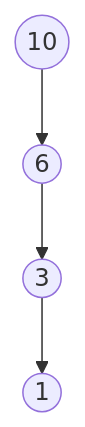
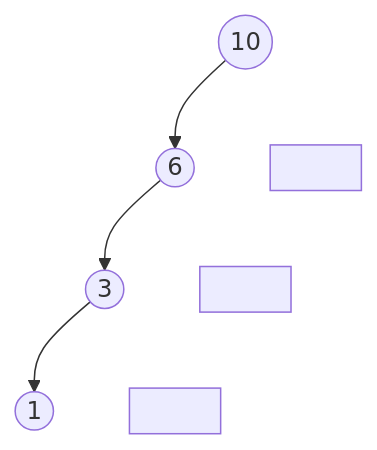
One commit to 3strategy/BeautifulMivney changed the sixth of 12 diagrams in cst/6binnode/Ex6a5binnode.md. Above: the diagram before and after it, drawn with Mermaid. The commit also changed other lines of this file, not shown here.

````diff
--- a/cst/6binnode/Ex6a5binnode.md
+++ b/cst/6binnode/Ex6a5binnode.md
@@ -89,6 +95,11 @@
 ```mermaid
 flowchart TB
   A((10)) --> B((6))
+  A --- NA[ ]:::invisible
   B --> C((3))
+  B --- NB[ ]:::invisible
   C --> D((1)):::leaf
+  C --- NC[ ]:::invisible
+  
+  linkStyle 1,3,5 stroke-opacity:0
 ```
````
